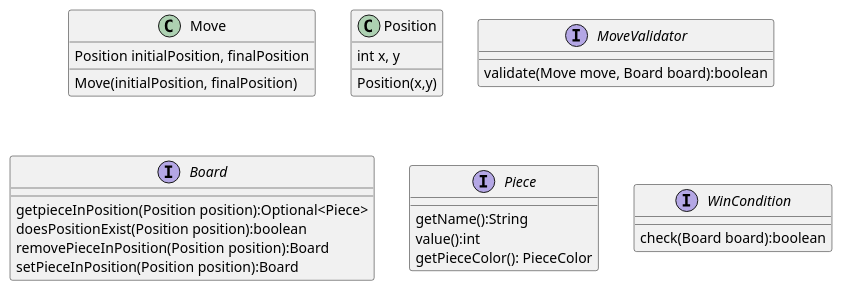
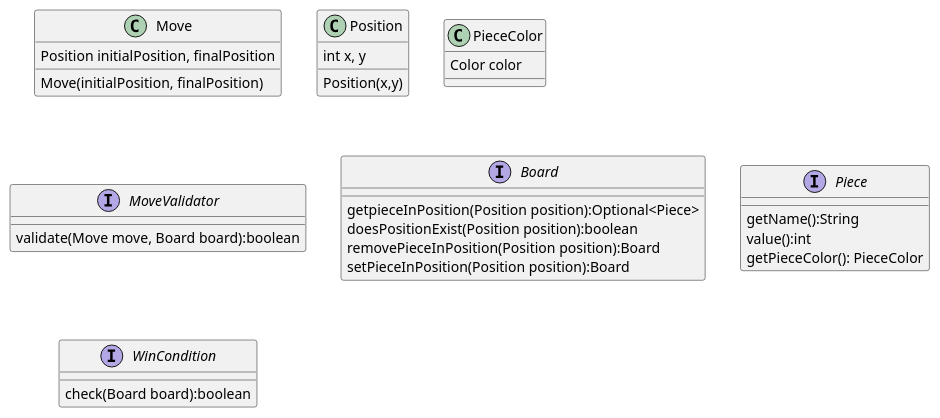
One commit to jalopbauer/chess changed the diagram in chess.puml. Above: the diagram before and after it, drawn with PlantUML.

Commit message:
PieceColor

```diff
--- a/chess.puml
+++ b/chess.puml
@@ -1,28 +1,31 @@
 @startuml Chess
 class Move
 Move : Position initialPosition, finalPosition
 Move : Move(initialPosition, finalPosition)
 
 class Position
 Position : int x, y
 Position : Position(x,y)
+
+class PieceColor
+PieceColor : Color color
 
 interface MoveValidator
 MoveValidator : validate(Move move, Board board):boolean
 
 ' Piece Handler
 interface Board
 Board : getpieceInPosition(Position position):Optional<Piece>
 Board : doesPositionExist(Position position):boolean
 Board : removePieceInPosition(Position position):Board
 Board : setPieceInPosition(Position position):Board
 
 interface Piece
 Piece : getName():String
 Piece : value():int
 Piece : getPieceColor(): PieceColor
 
 interface WinCondition
 WinCondition : check(Board board):boolean
 
 @enduml
```
